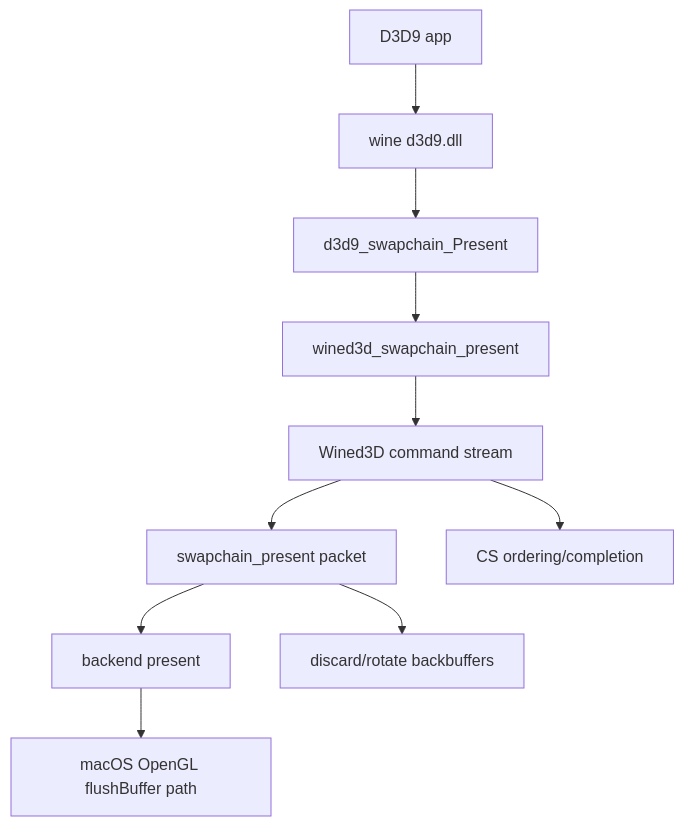
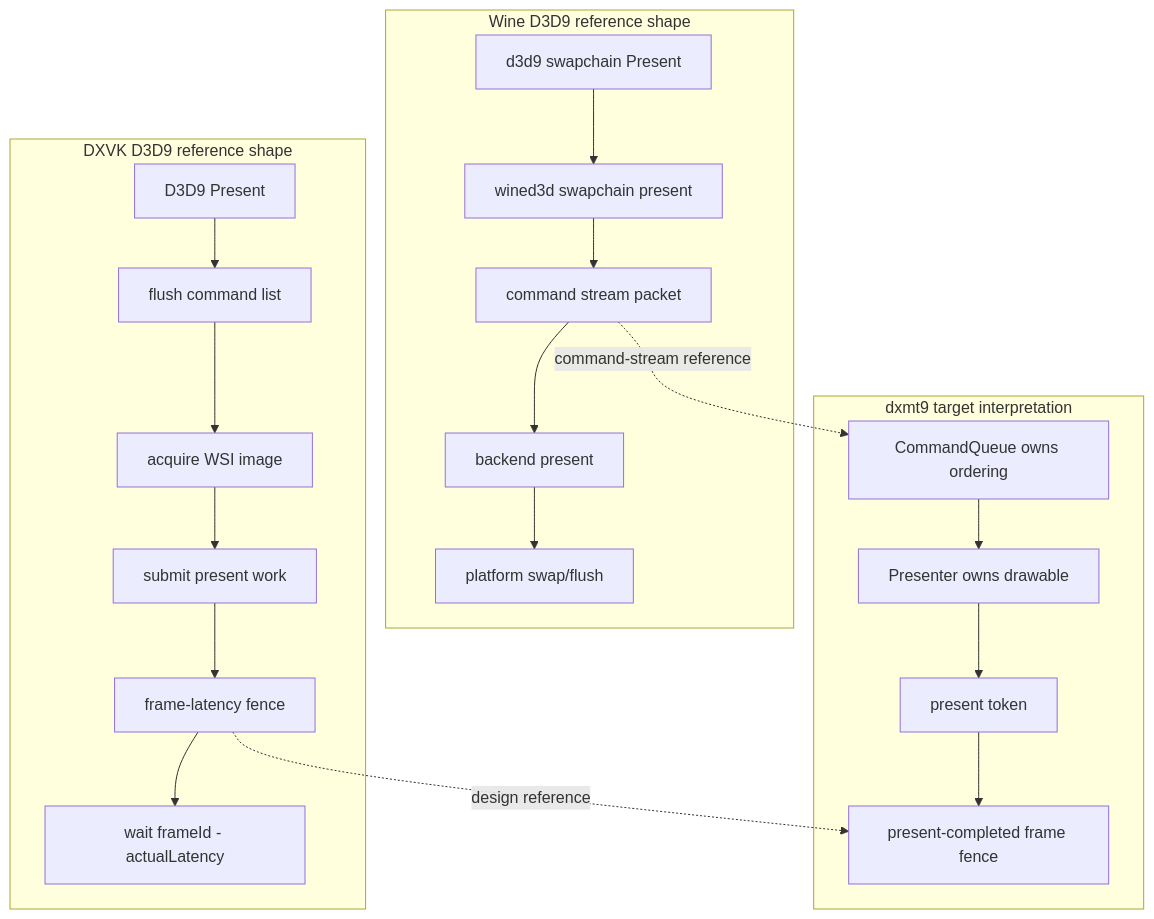
Before and after one commit to dfdgsdfg/dxmt9: diagram 11 of 11 in docs/perfomance-bottleneck.md, drawn with Mermaid. The commit also changed other lines of this file, not shown here.

````diff
--- a/docs/perfomance-bottleneck.md
+++ b/docs/perfomance-bottleneck.md
@@ -631,12 +501,26 @@
 ```mermaid
 flowchart TD
-  App[D3D9 app] --> D3D9DLL[wine d3d9.dll]
-  D3D9DLL --> Swapchain[d3d9_swapchain_Present]
-  Swapchain --> Wined3D[wined3d_swapchain_present]
-  Wined3D --> CS[Wined3D command stream]
-  CS --> CSPresent[swapchain_present packet]
-  CSPresent --> Backend[backend present]
-  Backend --> MacGL[macOS OpenGL flushBuffer path]
-  CSPresent --> Rotate[discard/rotate backbuffers]
-  CS --> Completion[CS ordering/completion]
+  subgraph DXVK["DXVK D3D9 reference shape"]
+    DXVKPresent[D3D9 Present] --> DXVKFlush[flush command list]
+    DXVKFlush --> DXVKAcquire[acquire WSI image]
+    DXVKAcquire --> DXVKSubmit[submit present work]
+    DXVKSubmit --> DXVKFence[frame-latency fence]
+    DXVKFence --> DXVKWait[wait frameId - actualLatency]
+  end
+
+  subgraph Wine["Wine D3D9 reference shape"]
+    WinePresent[d3d9 swapchain Present] --> Wined3D[wined3d swapchain present]
+    Wined3D --> CS[command stream packet]
+    CS --> Backend[backend present]
+    Backend --> Platform[platform swap/flush]
+  end
+
+  subgraph DXMT9["dxmt9 target interpretation"]
+    Q[CommandQueue owns ordering] --> P[Presenter owns drawable]
+    P --> T[present token]
+    T --> F[present-completed frame fence]
+  end
+
+  DXVKFence -. design reference .-> F
+  CS -. command-stream reference .-> Q
 ```
````
